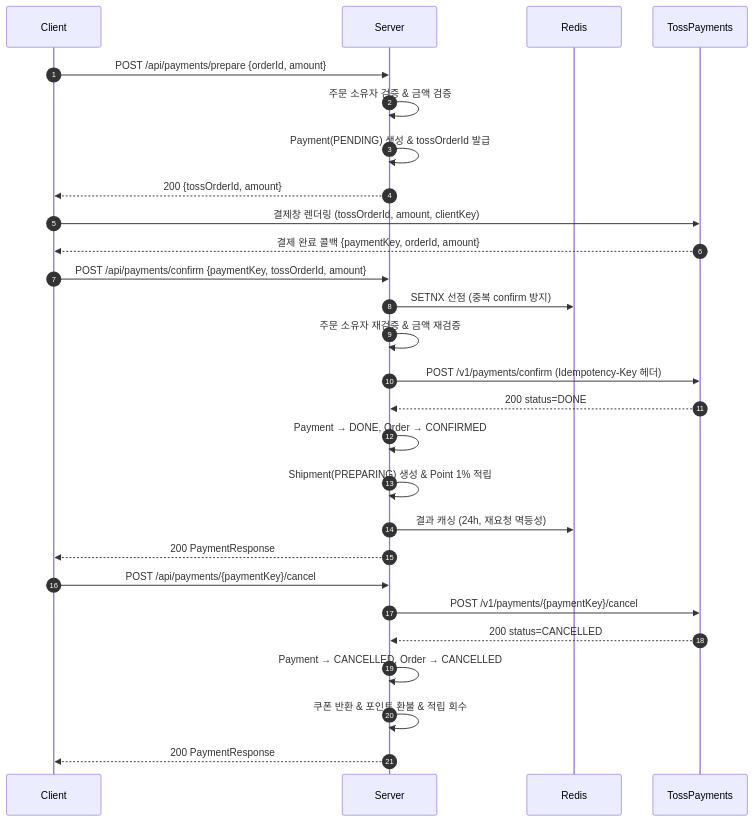
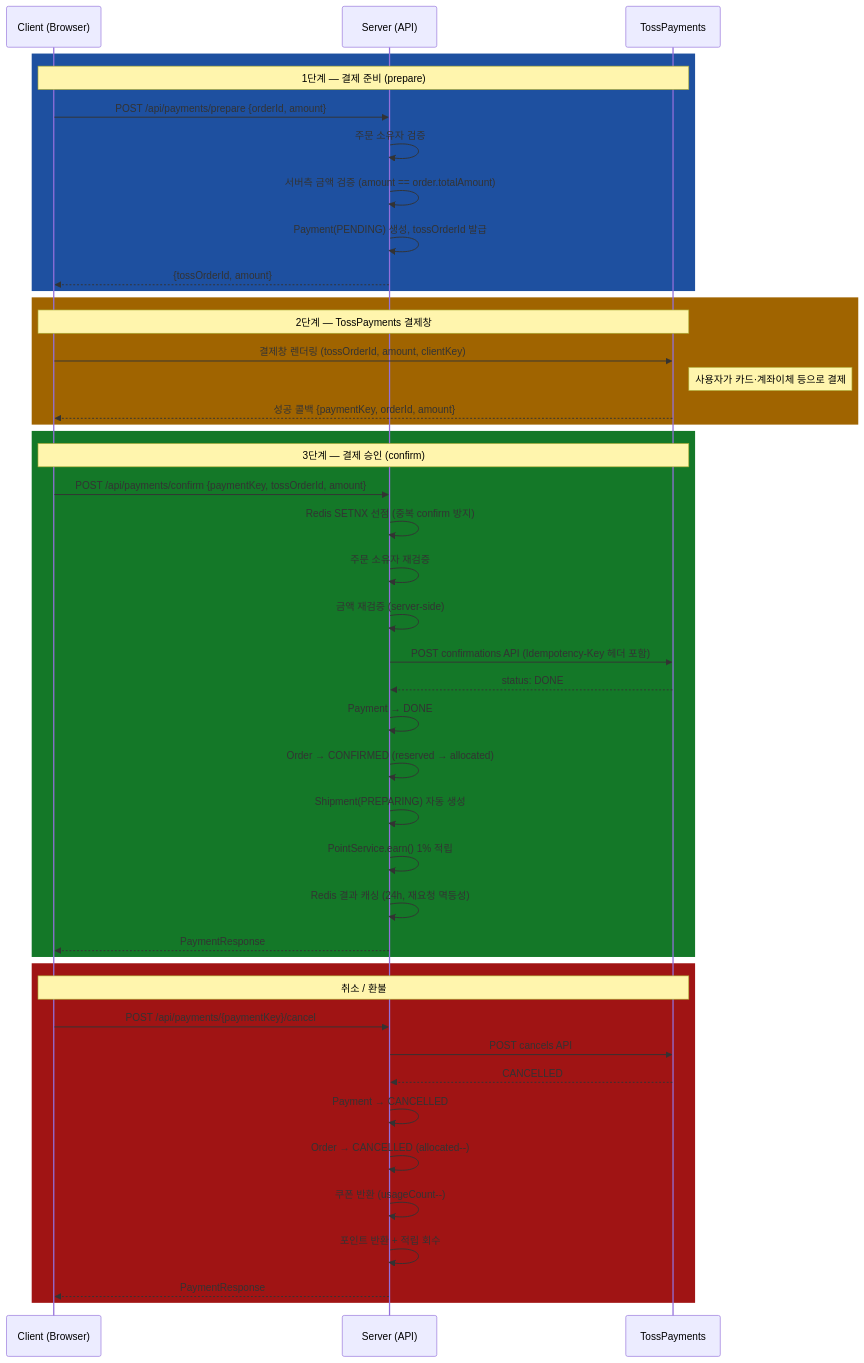
The third of 6 diagrams in README.md (nameless0422/stock-management-api), drawn with Mermaid before and after one commit.

Commit message:
docs: sequenceDiagram rect 색상 어둡게 변경 (파랑/주황/초록/빨강)

````diff
--- a/README.md
+++ b/README.md
@@ -424,37 +424,50 @@
 ```mermaid
 sequenceDiagram
-    autonumber
-    participant C as Client
-    participant S as Server
-    participant R as Redis
+    participant C as Client (Browser)
+    participant S as Server (API)
     participant T as TossPayments
 
-    %% 1단계: 결제 준비
-    C->>S: POST /api/payments/prepare {orderId, amount}
-    S->>S: 주문 소유자 검증 & 금액 검증
-    S->>S: Payment(PENDING) 생성 & tossOrderId 발급
-    S-->>C: 200 {tossOrderId, amount}
+    rect rgb(30, 80, 160)
+        Note over C,T: 1단계 — 결제 준비 (prepare)
+        C->>S: POST /api/payments/prepare {orderId, amount}
+        S->>S: 주문 소유자 검증
+        S->>S: 서버측 금액 검증 (amount == order.totalAmount)
+        S->>S: Payment(PENDING) 생성, tossOrderId 발급
+        S-->>C: {tossOrderId, amount}
+    end
 
-    %% 2단계: TossPayments 결제창
-    C->>T: 결제창 렌더링 (tossOrderId, amount, clientKey)
-    T-->>C: 결제 완료 콜백 {paymentKey, orderId, amount}
+    rect rgb(160, 100, 0)
+        Note over C,T: 2단계 — TossPayments 결제창
+        C->>T: 결제창 렌더링 (tossOrderId, amount, clientKey)
+        Note right of T: 사용자가 카드·계좌이체 등으로 결제
+        T-->>C: 성공 콜백 {paymentKey, orderId, amount}
+    end
 
-    %% 3단계: 결제 승인
-    C->>S: POST /api/payments/confirm {paymentKey, tossOrderId, amount}
-    S->>R: SETNX 선점 (중복 confirm 방지)
-    S->>S: 주문 소유자 재검증 & 금액 재검증
-    S->>T: POST /v1/payments/confirm (Idempotency-Key 헤더)
-    T-->>S: 200 status=DONE
-    S->>S: Payment → DONE, Order → CONFIRMED
-    S->>S: Shipment(PREPARING) 생성 & Point 1% 적립
-    S->>R: 결과 캐싱 (24h, 재요청 멱등성)
-    S-->>C: 200 PaymentResponse
+    rect rgb(20, 120, 40)
+        Note over C,T: 3단계 — 결제 승인 (confirm)
+        C->>S: POST /api/payments/confirm {paymentKey, tossOrderId, amount}
+        S->>S: Redis SETNX 선점 (중복 confirm 방지)
+        S->>S: 주문 소유자 재검증
+        S->>S: 금액 재검증 (server-side)
+        S->>T: POST confirmations API (Idempotency-Key 헤더 포함)
+        T-->>S: status: DONE
+        S->>S: Payment → DONE
+        S->>S: Order → CONFIRMED (reserved → allocated)
+        S->>S: Shipment(PREPARING) 자동 생성
+        S->>S: PointService.earn() 1% 적립
+        S->>S: Redis 결과 캐싱 (24h, 재요청 멱등성)
+        S-->>C: PaymentResponse
+    end
 
-    %% 취소/환불
-    C->>S: POST /api/payments/{paymentKey}/cancel
-    S->>T: POST /v1/payments/{paymentKey}/cancel
-    T-->>S: 200 status=CANCELLED
-    S->>S: Payment → CANCELLED, Order → CANCELLED
-    S->>S: 쿠폰 반환 & 포인트 환불 & 적립 회수
-    S-->>C: 200 PaymentResponse
+    rect rgb(160, 20, 20)
+        Note over C,T: 취소 / 환불
+        C->>S: POST /api/payments/{paymentKey}/cancel
+        S->>T: POST cancels API
+        T-->>S: CANCELLED
+        S->>S: Payment → CANCELLED
+        S->>S: Order → CANCELLED (allocated--)
+        S->>S: 쿠폰 반환 (usageCount--)
+        S->>S: 포인트 반환 + 적립 회수
+        S-->>C: PaymentResponse
+    end
 ```
````
